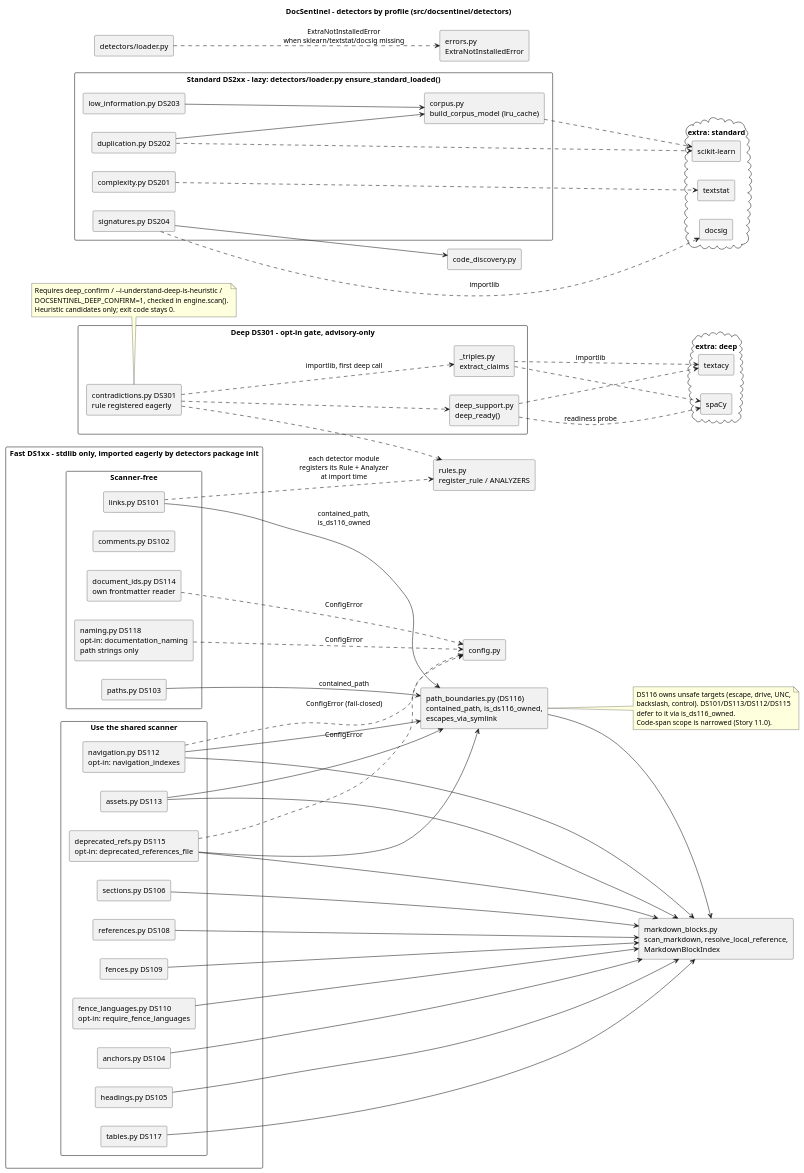
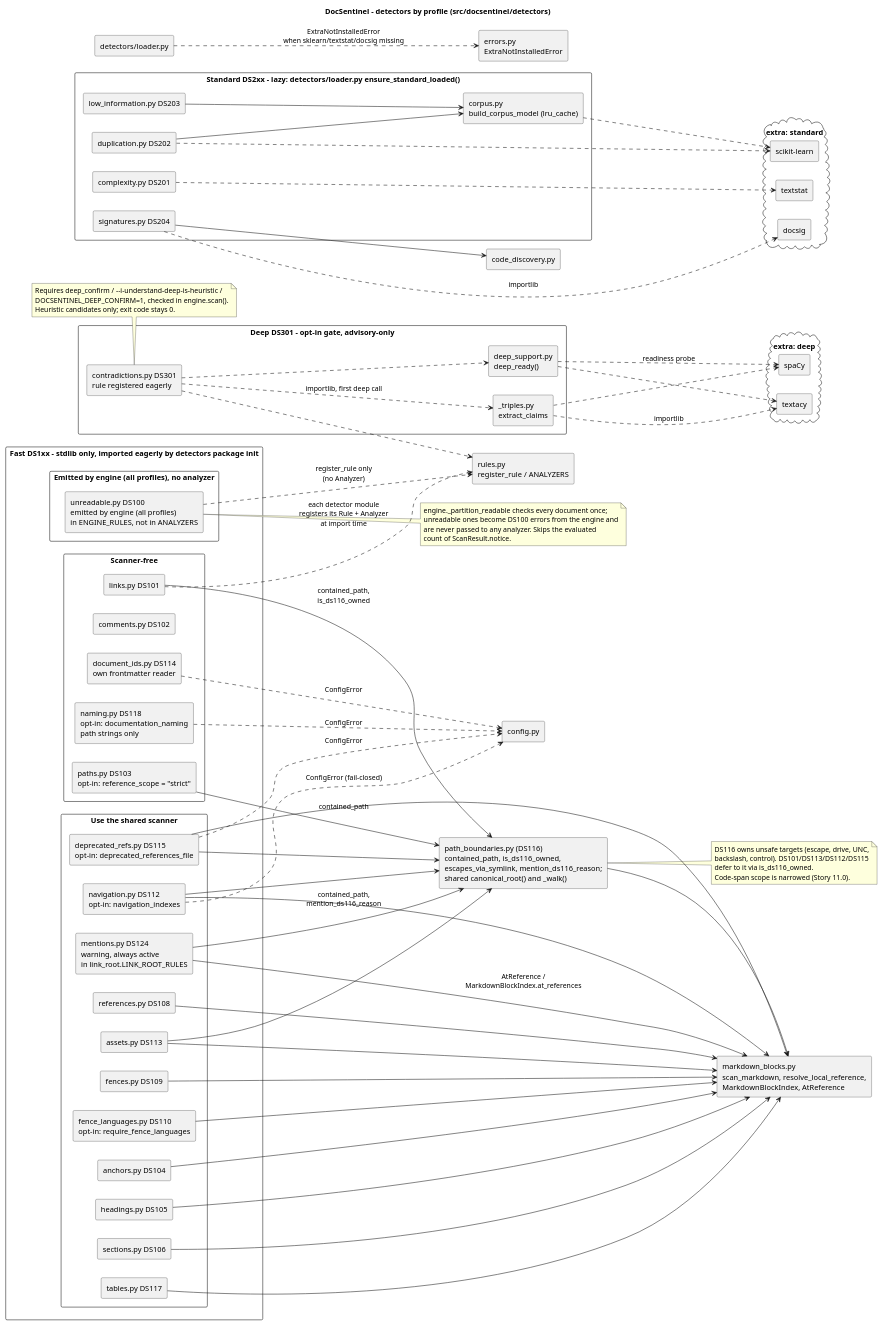
The diagram in docs/diagrams/component/detectors/component-detectors.puml (yuchdev/DocSentinel), drawn with PlantUML before and after one commit. The commit also changed 177 other files, not shown here.

```diff
--- a/docs/diagrams/component/detectors/component-detectors.puml
+++ b/docs/diagrams/component/detectors/component-detectors.puml
@@ -1,118 +1,133 @@
 @startuml component-detectors
 title DocSentinel - detectors by profile (src/docsentinel/detectors)
 left to right direction
 skinparam componentStyle rectangle
 skinparam shadowing false
 skinparam packageStyle rectangle
 
 [rules.py\nregister_rule / ANALYZERS] as rules
 [config.py] as config
-[markdown_blocks.py\nscan_markdown, resolve_local_reference,\nMarkdownBlockIndex] as mdb
-[path_boundaries.py (DS116)\ncontained_path, is_ds116_owned,\nescapes_via_symlink] as pb
+[markdown_blocks.py\nscan_markdown, resolve_local_reference,\nMarkdownBlockIndex, AtReference] as mdb
+[path_boundaries.py (DS116)\ncontained_path, is_ds116_owned,\nescapes_via_symlink, mention_ds116_reason;\nshared canonical_root() and _walk()] as pb
 
 package "Fast DS1xx - stdlib only, imported eagerly by detectors package init" {
+  package "Emitted by engine (all profiles), no analyzer" {
+    [unreadable.py DS100\nemitted by engine (all profiles)\nin ENGINE_RULES, not in ANALYZERS] as ds100
+  }
   package "Use the shared scanner" {
     [anchors.py DS104] as ds104
     [headings.py DS105] as ds105
     [sections.py DS106] as ds106
     [references.py DS108] as ds108
     [fences.py DS109] as ds109
     [fence_languages.py DS110\nopt-in: require_fence_languages] as ds110
     [navigation.py DS112\nopt-in: navigation_indexes] as ds112
     [assets.py DS113] as ds113
     [deprecated_refs.py DS115\nopt-in: deprecated_references_file] as ds115
     [tables.py DS117] as ds117
+    [mentions.py DS124\nwarning, always active\nin link_root.LINK_ROOT_RULES] as ds124
   }
   package "Scanner-free" {
     [links.py DS101] as ds101
     [comments.py DS102] as ds102
-    [paths.py DS103] as ds103
+    [paths.py DS103\nopt-in: reference_scope = "strict"] as ds103
     [document_ids.py DS114\nown frontmatter reader] as ds114
     [naming.py DS118\nopt-in: documentation_naming\npath strings only] as ds118
   }
 }
 
 package "Standard DS2xx - lazy: detectors/loader.py ensure_standard_loaded()" {
   [complexity.py DS201] as ds201
   [duplication.py DS202] as ds202
   [low_information.py DS203] as ds203
   [signatures.py DS204] as ds204
   [corpus.py\nbuild_corpus_model (lru_cache)] as corpus
 }
 
 package "Deep DS301 - opt-in gate, advisory-only" {
   [contradictions.py DS301\nrule registered eagerly] as ds301
   [_triples.py\nextract_claims] as triples
   [deep_support.py\ndeep_ready()] as deepsup
 }
 
 [code_discovery.py] as codedisc
 [detectors/loader.py] as loader
 [errors.py\nExtraNotInstalledError] as errors
 
 cloud "extra: standard" {
   [scikit-learn] as sk
   [textstat] as ts
   [docsig] as docsig
 }
 cloud "extra: deep" {
   [spaCy] as spacy
   [textacy] as textacy
 }
 
+ds100 ..> rules : register_rule only\n(no Analyzer)
+
 ds104 --> mdb
 ds105 --> mdb
 ds106 --> mdb
 ds108 --> mdb
 ds109 --> mdb
 ds110 --> mdb
 ds112 --> mdb
 ds113 --> mdb
 ds115 --> mdb
 ds117 --> mdb
+ds124 --> mdb : AtReference /\nMarkdownBlockIndex.at_references
 pb --> mdb
 
 ds101 --> pb : contained_path,\nis_ds116_owned
 ds103 --> pb : contained_path
 ds112 --> pb
 ds113 --> pb
 ds115 --> pb
+ds124 --> pb : contained_path,\nmention_ds116_reason
 
 ds112 ..> config : ConfigError (fail-closed)
 ds114 ..> config : ConfigError
 ds115 ..> config : ConfigError
 ds118 ..> config : ConfigError
 
 ds202 --> corpus
 ds203 --> corpus
 corpus ..> sk
 ds202 ..> sk
 ds201 ..> ts
 ds204 ..> docsig : importlib
 ds204 --> codedisc
 
 ds301 ..> deepsup
 ds301 ..> triples : importlib, first deep call
 triples ..> spacy
 triples ..> textacy : importlib
 deepsup ..> spacy : readiness probe
 deepsup ..> textacy
 
 loader ..> errors : ExtraNotInstalledError\nwhen sklearn/textstat/docsig missing
 
 ds101 ..> rules : each detector module\nregisters its Rule + Analyzer\nat import time
 ds301 ..> rules
 
+note right of ds100
+  engine._partition_readable checks every document once;
+  unreadable ones become DS100 errors from the engine and
+  are never passed to any analyzer. Skips the evaluated
+  count of ScanResult.notice.
+end note
+
 note right of pb
   DS116 owns unsafe targets (escape, drive, UNC,
   backslash, control). DS101/DS113/DS112/DS115
   defer to it via is_ds116_owned.
   Code-span scope is narrowed (Story 11.0).
 end note
 
 note bottom of ds301
   Requires deep_confirm / ~-~-i-understand-deep-is-heuristic /
   DOCSENTINEL_DEEP_CONFIRM=1, checked in engine.scan().
   Heuristic candidates only; exit code stays 0.
 end note
 @enduml
```
